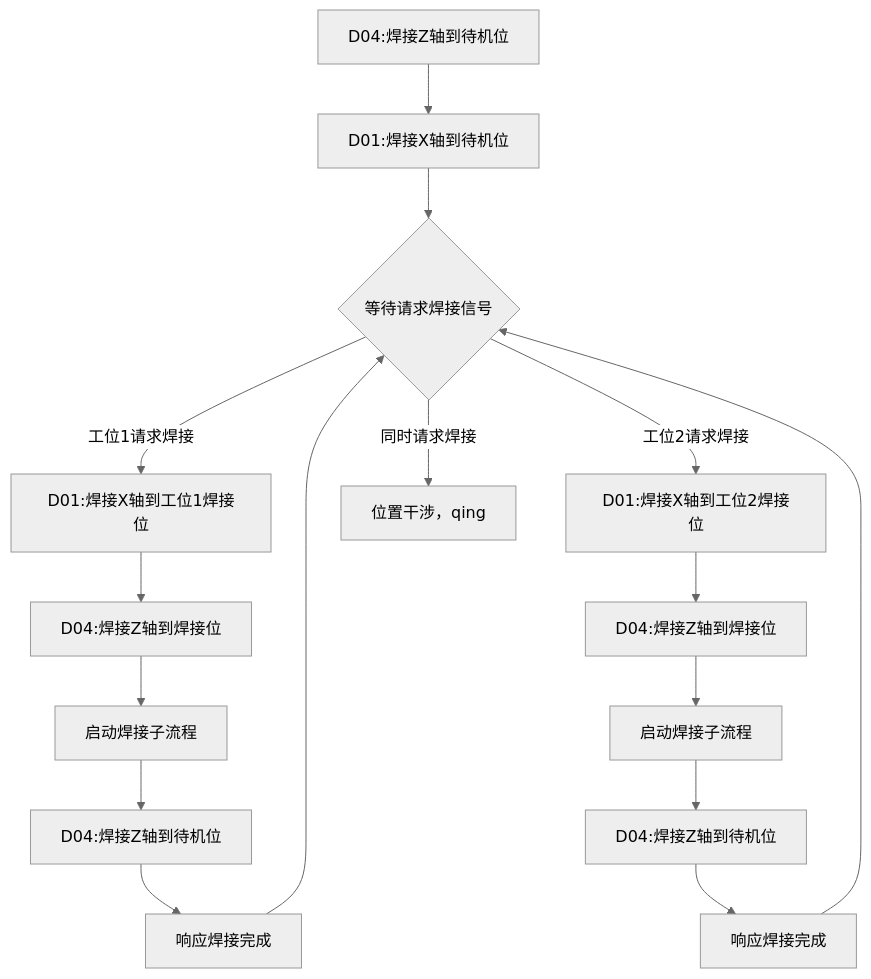
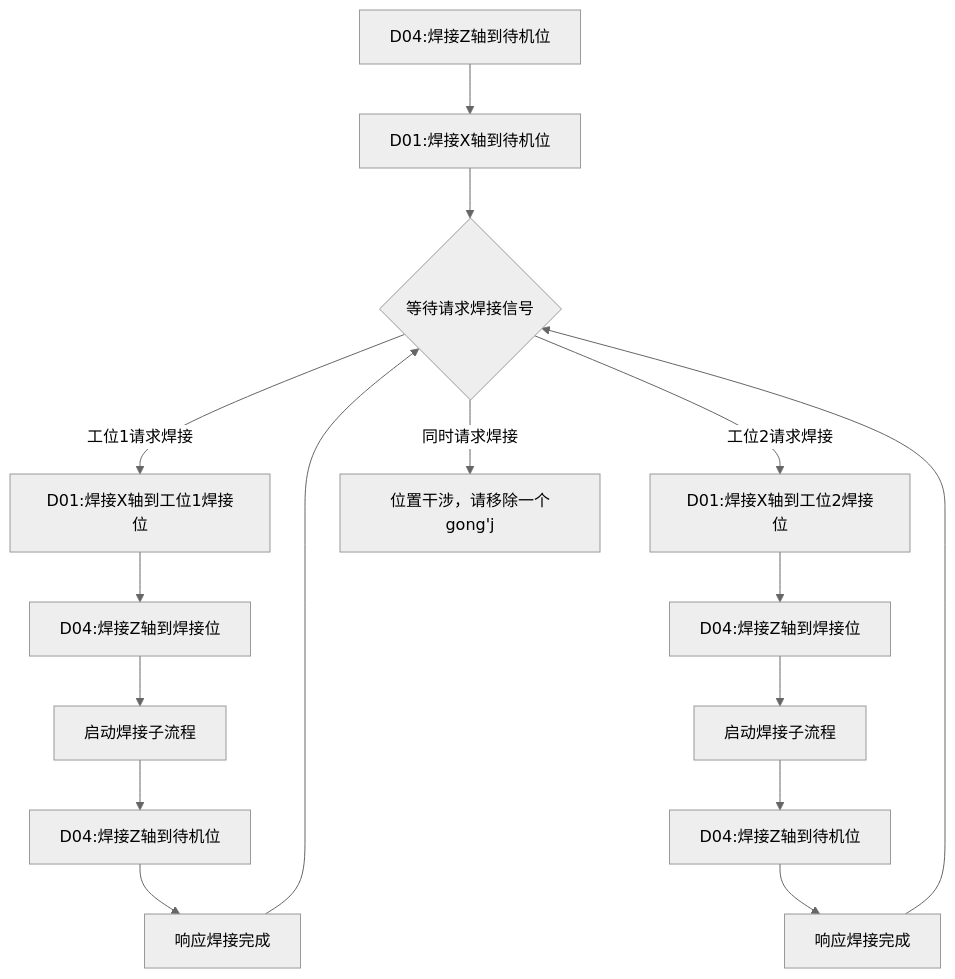
The diagram in all/OP20-1焊接工位自动流程.md (PengKun1/iodraw-files), drawn with Mermaid (neutral theme) before and after one commit.

Commit message:
2024-08-07 09:08:16 update

````diff
--- a/all/OP20-1焊接工位自动流程.md
+++ b/all/OP20-1焊接工位自动流程.md
@@ -1,19 +1,19 @@
 ```mermaid
 graph TD
 10[D04:焊接Z轴到待机位]-->20
 20[D01:焊接X轴到待机位]-->30
 30{等待请求焊接信号}-->|工位1请求焊接|40
 30-->|工位2请求焊接|100
 30-->|同时请求焊接|900
 40[D01:焊接X轴到工位1焊接位]-->50
 50[D04:焊接Z轴到焊接位]-->60
 60[启动焊接子流程]-->70
 70[D04:焊接Z轴到待机位]-->80
 80[响应焊接完成]-->30
 100[D01:焊接X轴到工位2焊接位]-->110
 110[D04:焊接Z轴到焊接位]-->120
 120[启动焊接子流程]-->130
 130[D04:焊接Z轴到待机位]-->140
 140[响应焊接完成]-->30
-900[位置干涉，qing]
+900[位置干涉，请移除一个gong'j]
 ```
````
